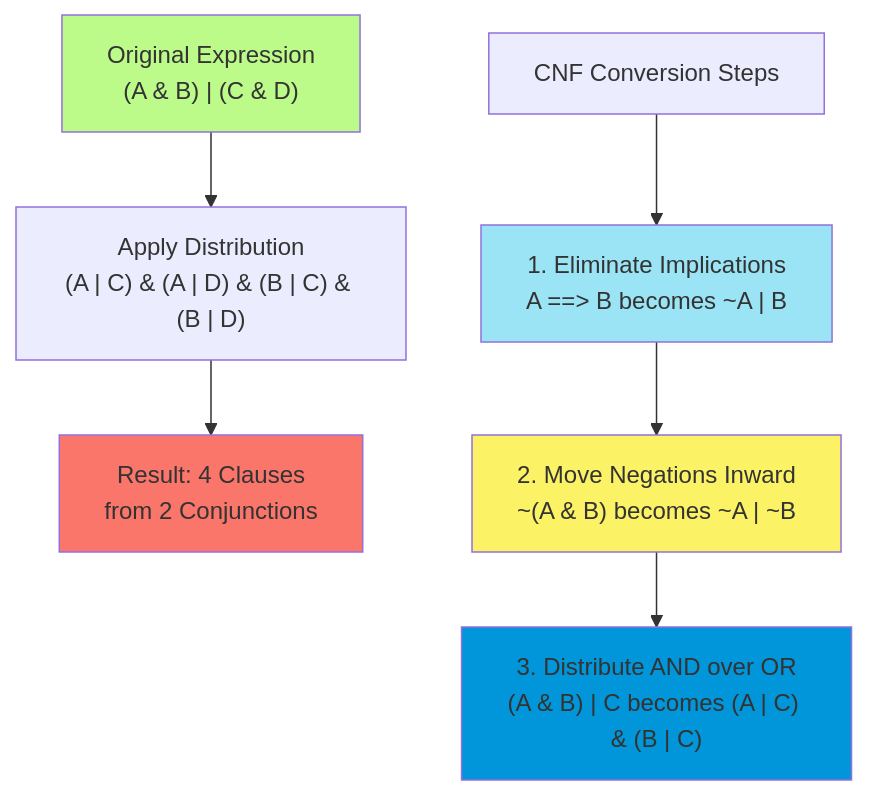
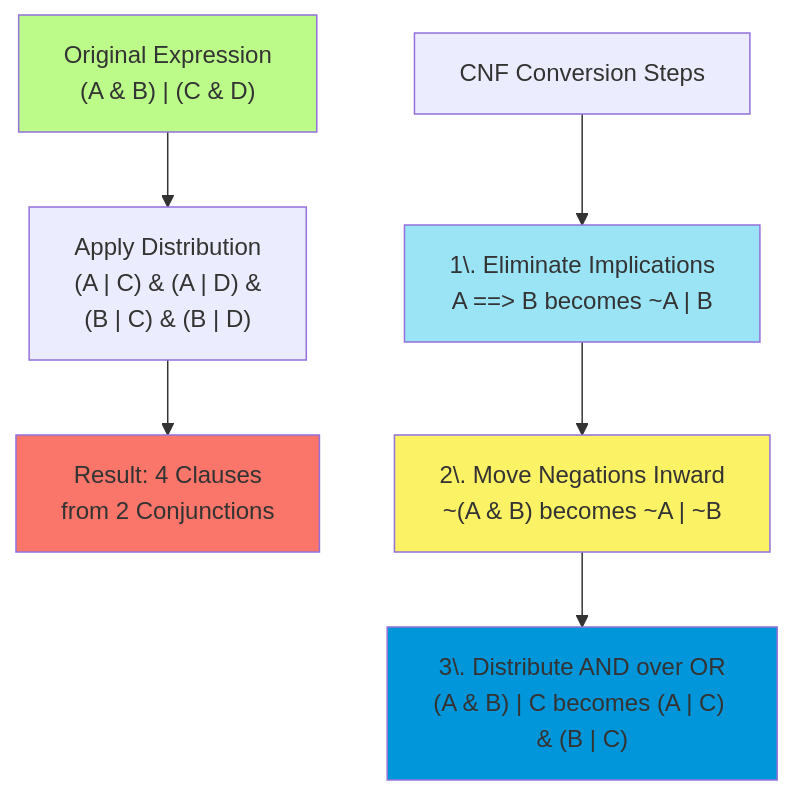
One commit to Chaklader/progression-search-agent changed the eighth of 11 diagrams in C_3.md. Above: the diagram before and after it, drawn with Mermaid.

Commit message:
The commit is successful

````diff
--- a/C_3.md
+++ b/C_3.md
@@ -817,15 +817,15 @@
 ```mermaid
 flowchart TD
-    A["Original Expression<br>(A & B) | (C & D)"] --> B["Apply Distribution<br>(A | C) & (A | D) & (B | C) & (B | D)"]
+    A["Original Expression<br>(A & B) | (C & D)"] --> B["Apply Distribution<br>(A | C) & (A | D) & <br>(B | C) & (B | D)"]
     B --> C["Result: 4 Clauses<br>from 2 Conjunctions"]
 
-    D["CNF Conversion Steps"] --> E["1. Eliminate Implications<br>A ==> B becomes ~A | B"]
-    E --> F["2. Move Negations Inward<br>~(A & B) becomes ~A | ~B"]
-    F --> G["3. Distribute AND over OR<br>(A & B) | C becomes (A | C) & (B | C)"]
+    D["CNF Conversion Steps"] --> E["1\. Eliminate Implications<br>A ==> B becomes ~A | B"]
+    E --> F["2\. Move Negations Inward<br>~(A & B) becomes ~A | ~B"]
+    F --> G["3\. Distribute AND over OR<br>(A & B) | C becomes (A | C) & (B | C)"]
 
     style A fill:#BCFB89
     style C fill:#FA756A
     style E fill:#9AE4F5
     style F fill:#FBF266
     style G fill:#0096D9
 ```
````
